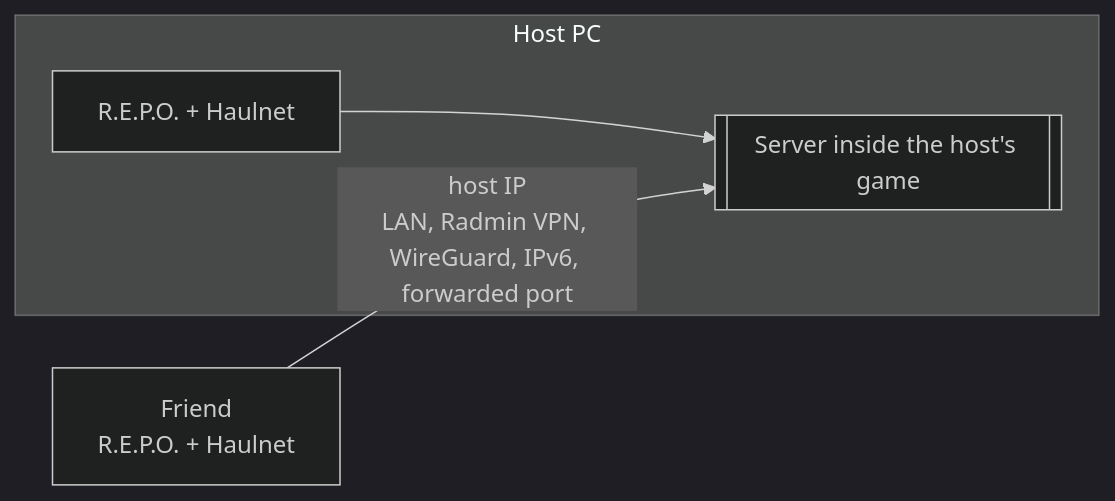
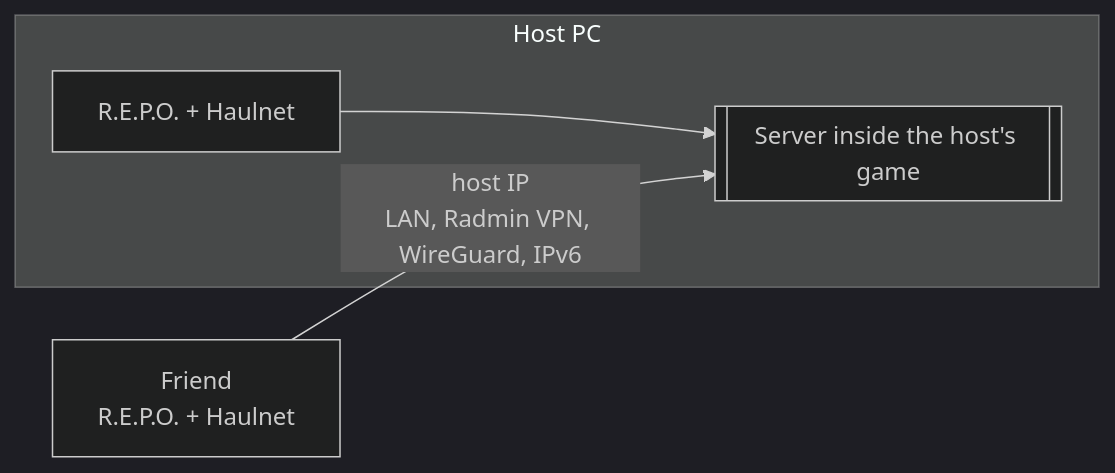
Before and after one commit to haulnet/haulnet-repo: the diagram in README.md, drawn with Mermaid (dark theme). The commit also changed other lines of this file and 2 other files, not shown here.

First line of the commit message:
docs: production README; no forwarded-port claim in the package READMEs (#31)

````diff
--- a/README.md
+++ b/README.md
@@ -101,9 +74,9 @@
 ```mermaid
 flowchart LR
     subgraph host[Host PC]
         GA[R.E.P.O. + Haulnet]
         S[[Server inside the host's game]]
         GA --> S
     end
-    GB[Friend<br/>R.E.P.O. + Haulnet] -- "host IP<br/>LAN, Radmin VPN, WireGuard, IPv6, forwarded port" --> S
+    GB[Friend<br/>R.E.P.O. + Haulnet] -- "host IP<br/>LAN, Radmin VPN, WireGuard, IPv6" --> S
 ```
````
